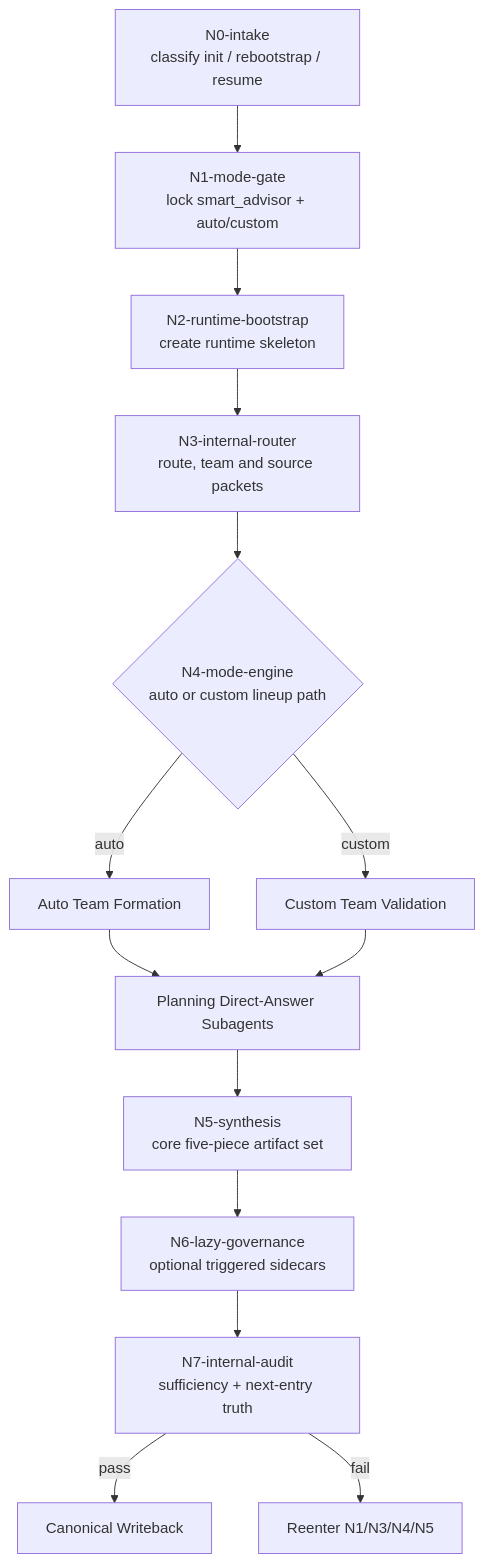
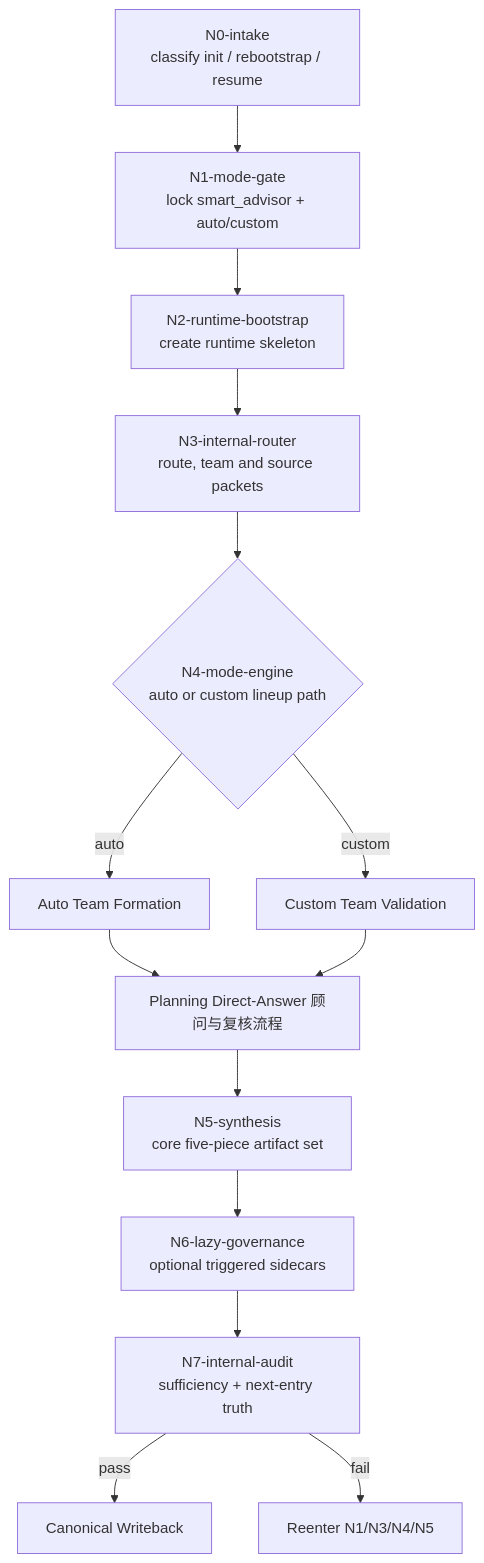
One commit to ZEN-VOID/AI-CUT changed the diagram in .agents/skills/aigc/0-初始化/SKILL.md. Above: the diagram before and after it, drawn with Mermaid. The commit also changed other lines of this file and 137 other files, not shown here.

````diff
--- a/.agents/skills/aigc/0-初始化/SKILL.md
+++ b/.agents/skills/aigc/0-初始化/SKILL.md
@@ -181,16 +181,16 @@
 ```mermaid
 flowchart TD
     A["N0-intake<br/>classify init / rebootstrap / resume"] --> B["N1-mode-gate<br/>lock smart_advisor + auto/custom"]
     B --> C["N2-runtime-bootstrap<br/>create runtime skeleton"]
     C --> D["N3-internal-router<br/>route, team and source packets"]
     D --> E{"N4-mode-engine<br/>auto or custom lineup path"}
     E -->|"auto"| F["Auto Team Formation"]
     E -->|"custom"| G["Custom Team Validation"]
-    F --> H["Planning Direct-Answer Subagents"]
+    F --> H["Planning Direct-Answer 顾问与复核流程"]
     G --> H
     H --> I["N5-synthesis<br/>core five-piece artifact set"]
     I --> J["N6-lazy-governance<br/>optional triggered sidecars"]
     J --> K["N7-internal-audit<br/>sufficiency + next-entry truth"]
     K -->|"pass"| L["Canonical Writeback"]
     K -->|"fail"| M["Reenter N1/N3/N4/N5"]
 ```
````
